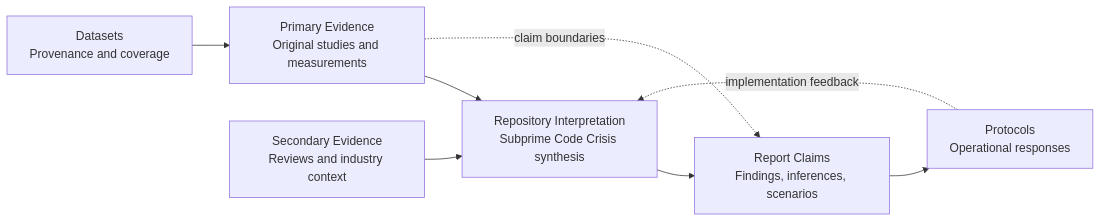
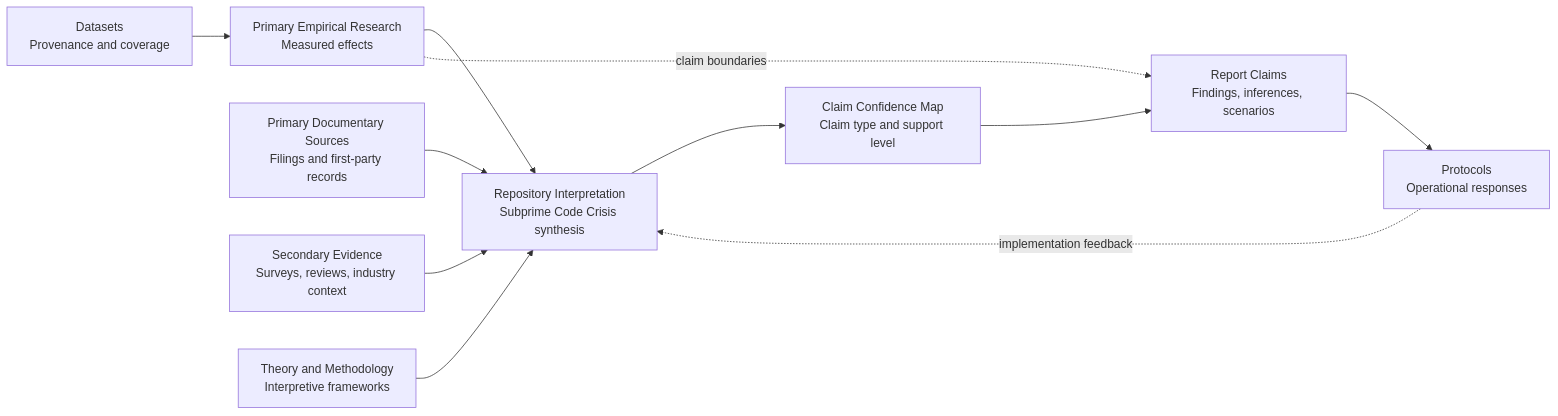
One commit to UncertaintyArchitectureGroup/The-Subprime-Code-Crisis changed the first of 2 diagrams in README.md. Above: the diagram before and after it, drawn with Mermaid. The commit also changed other lines of this file, not shown here.

Commit message:
Clarify evidence coverage and claim confidence map (#9)

````diff
--- a/README.md
+++ b/README.md
@@ -85,18 +91,24 @@
 ```mermaid
 flowchart LR
-    P[Primary Evidence<br/>Original studies and measurements]
-    S[Secondary Evidence<br/>Reviews and industry context]
+    P[Primary Empirical Research<br/>Measured effects]
+    F[Primary Documentary Sources<br/>Filings and first-party records]
+    S[Secondary Evidence<br/>Surveys, reviews, industry context]
+    T[Theory and Methodology<br/>Interpretive frameworks]
     D[Datasets<br/>Provenance and coverage]
     I[Repository Interpretation<br/>Subprime Code Crisis synthesis]
+    C[Claim Confidence Map<br/>Claim type and support level]
     R[Report Claims<br/>Findings, inferences, scenarios]
     O[Protocols<br/>Operational responses]
 
     D --> P
     P --> I
+    F --> I
     S --> I
-    I --> R
+    T --> I
+    I --> C
+    C --> R
     R --> O
 
     P -. claim boundaries .-> R
     O -. implementation feedback .-> I
 ```
````
